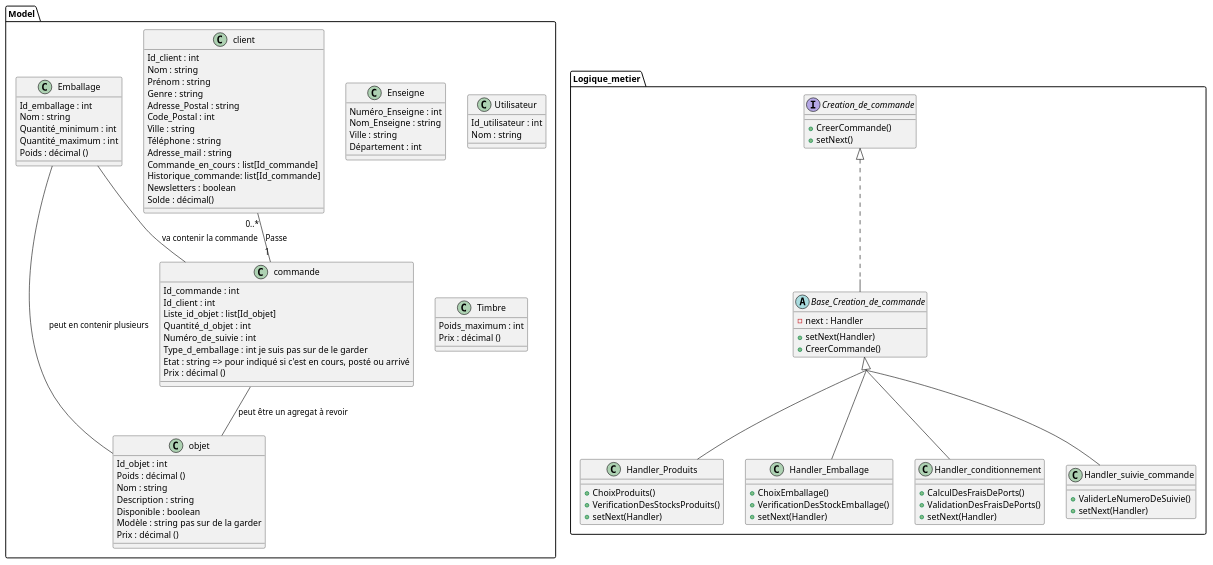
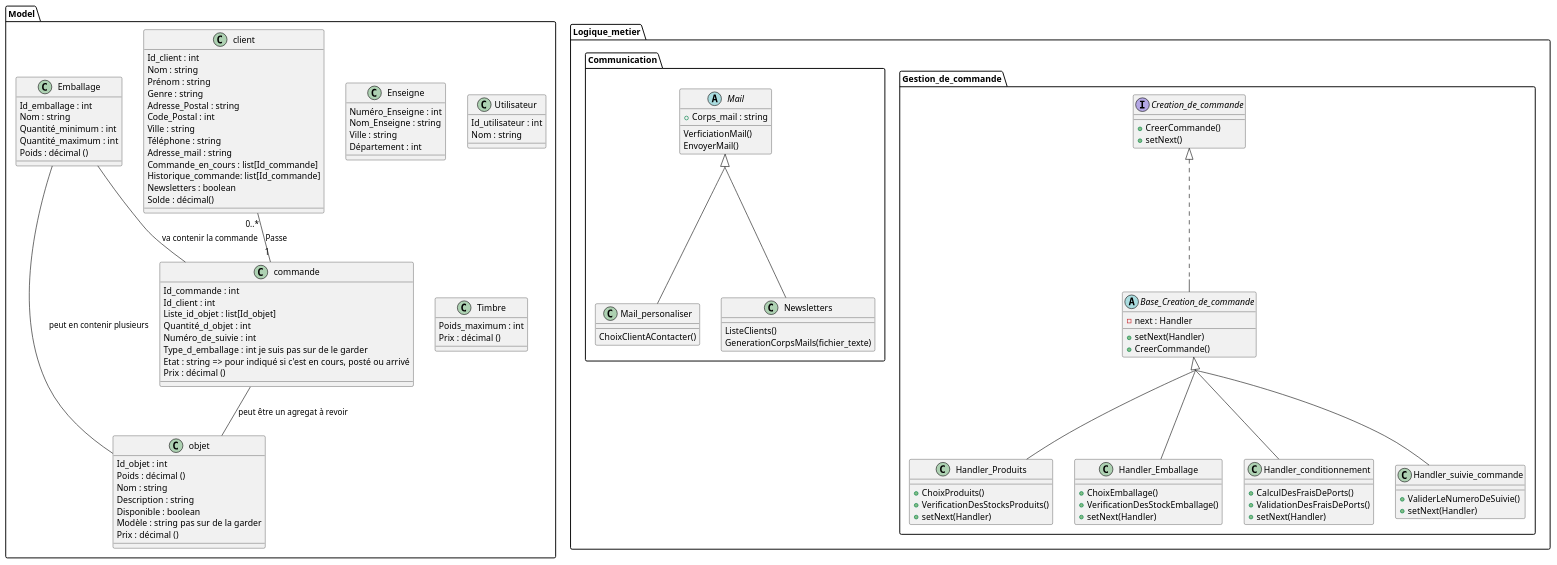
One commit to Bluwen/Conception_d_une_application_informatique changed the diagram in Classe.puml. Above: the diagram before and after it, drawn with PlantUML.

Commit message:
Continuation de la creation de diagramme de classe

```diff
--- a/Classe.puml
+++ b/Classe.puml
@@ -1,128 +1,153 @@
 @startuml class brooullion
-skinparam groupInheritance 4
+skinparam groupInheritance 2
 
 package Model {
     class client {
         Id_client : int
         Nom : string
         Prénom : string
         Genre : string
         Adresse_Postal : string
         Code_Postal : int
         Ville : string
         Téléphone : string
         Adresse_mail : string
         Commande_en_cours : list[Id_commande]
         Historique_commande: list[Id_commande]
         Newsletters : boolean
         {field} Solde : décimal()
     }
 
     class commande {
         Id_commande : int
         Id_client : int
         Liste_id_objet : list[Id_objet]
         Quantité_d_objet : int
         Numéro_de_suivie : int
         Type_d_emballage : int je suis pas sur de le garder
         Etat : string => pour indiqué si c'est en cours, posté ou arrivé
         {field} Prix : décimal ()
 
     }
 
     class objet {
         Id_objet : int
         {field} Poids : décimal ()
         Nom : string
         Description : string
         Disponible : boolean
         Modèle : string pas sur de la garder
         {field} Prix : décimal ()
     }
 
     class Emballage {
         Id_emballage : int
         Nom : string
         Quantité_minimum : int
         Quantité_maximum : int
         {field} Poids : décimal ()
     }
 
     class Enseigne {
         Numéro_Enseigne : int
         Nom_Enseigne : string
         Ville : string
         Département : int
     }
 
     class Utilisateur {
         Id_utilisateur : int
         Nom : string
     }
 
     class Timbre {
         Poids_maximum : int
         {field} Prix : décimal ()
     }
 }
 
 client "0..*" -- "1" commande : Passe
 commande -- objet : peut être un agregat à revoir
 Emballage -- objet : peut en contenir plusieurs
 Emballage -- commande : va contenir la commande
 
 
 package Logique_metier {
-    interface Creation_de_commande {
+
+    package Gestion_de_commande {
+        interface Creation_de_commande {
         + CreerCommande()
         + setNext()
+        }
+
+        abstract Base_Creation_de_commande {
+            - next : Handler
+            + setNext(Handler)
+            + CreerCommande()
+        } 
+
+        class Handler_Produits{
+            + ChoixProduits()
+            + VerificationDesStocksProduits()
+            + setNext(Handler)
+        }
+
+        class Handler_Emballage {
+            + ChoixEmballage()
+            + VerificationDesStockEmballage()
+            + setNext(Handler)
+        }
+
+        class Handler_conditionnement {
+            + CalculDesFraisDePorts()
+            + ValidationDesFraisDePorts()
+            + setNext(Handler)
+        }
+
+        class Handler_suivie_commande {
+            + ValiderLeNumeroDeSuivie()
+            + setNext(Handler)
+        }
     }
 
-    abstract Base_Creation_de_commande {
-        - next : Handler
-        + setNext(Handler)
-        + CreerCommande()
-    } 
+    package Communication {
 
-    class Handler_Produits{
-        + ChoixProduits()
-        + VerificationDesStocksProduits()
-        + setNext(Handler)
+        class Mail_personaliser {
+            ChoixClientAContacter()
+        }
+
+        class Newsletters {
+            ListeClients()
+            GenerationCorpsMails(fichier_texte)
+        }
+
+        abstract Mail {
+            + Corps_mail : string
+            VerficiationMail()
+            EnvoyerMail()
+        }
     }
-
-    class Handler_Emballage {
-        + ChoixEmballage()
-        + VerificationDesStockEmballage()
-        + setNext(Handler)
-    }
-
-    class Handler_conditionnement {
-        + CalculDesFraisDePorts()
-        + ValidationDesFraisDePorts()
-        + setNext(Handler)
-    }
-
-    class Handler_suivie_commande {
-        + ValiderLeNumeroDeSuivie()
-        + setNext(Handler)
-    }
+    
 }
 
 Creation_de_commande <|.. Base_Creation_de_commande
 Base_Creation_de_commande <|-- Handler_Produits
 Base_Creation_de_commande <|-- Handler_Emballage
 Base_Creation_de_commande <|-- Handler_conditionnement
 Base_Creation_de_commande <|-- Handler_suivie_commande
 
+
+Mail <|-- Mail_personaliser
+Mail <|-- Newsletters
 
 
 
 
 
 
 
 
 
 
 
 @enduml
```
